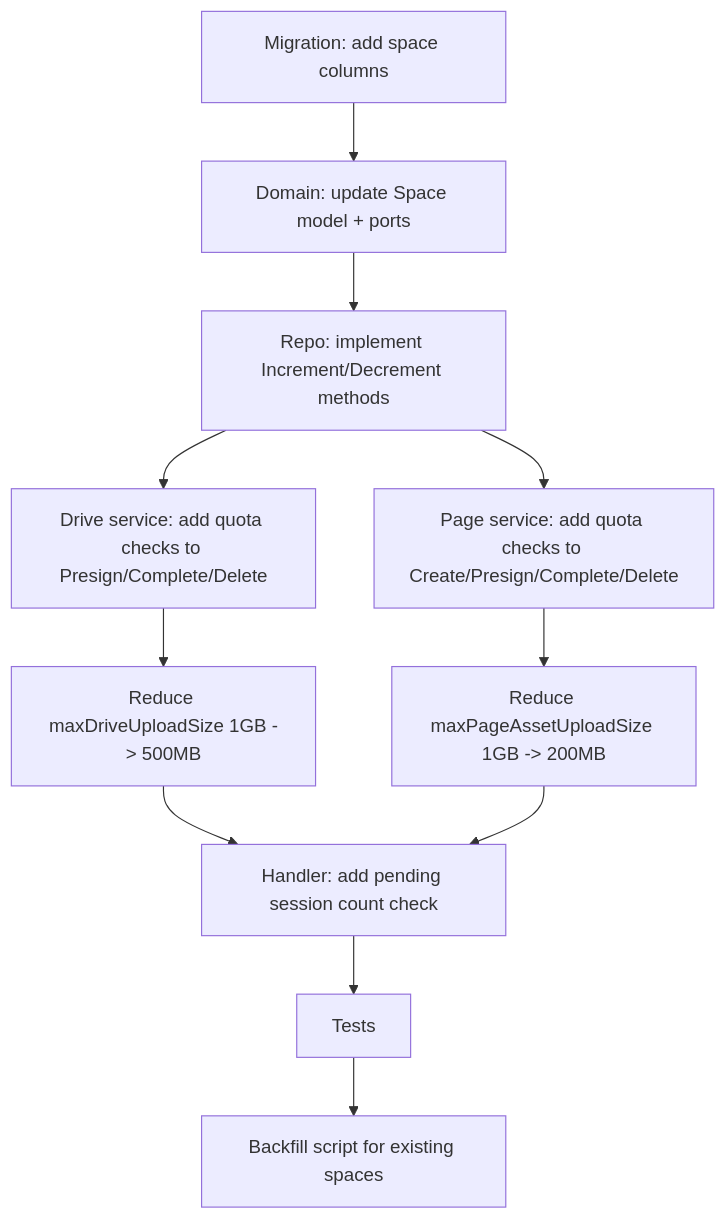
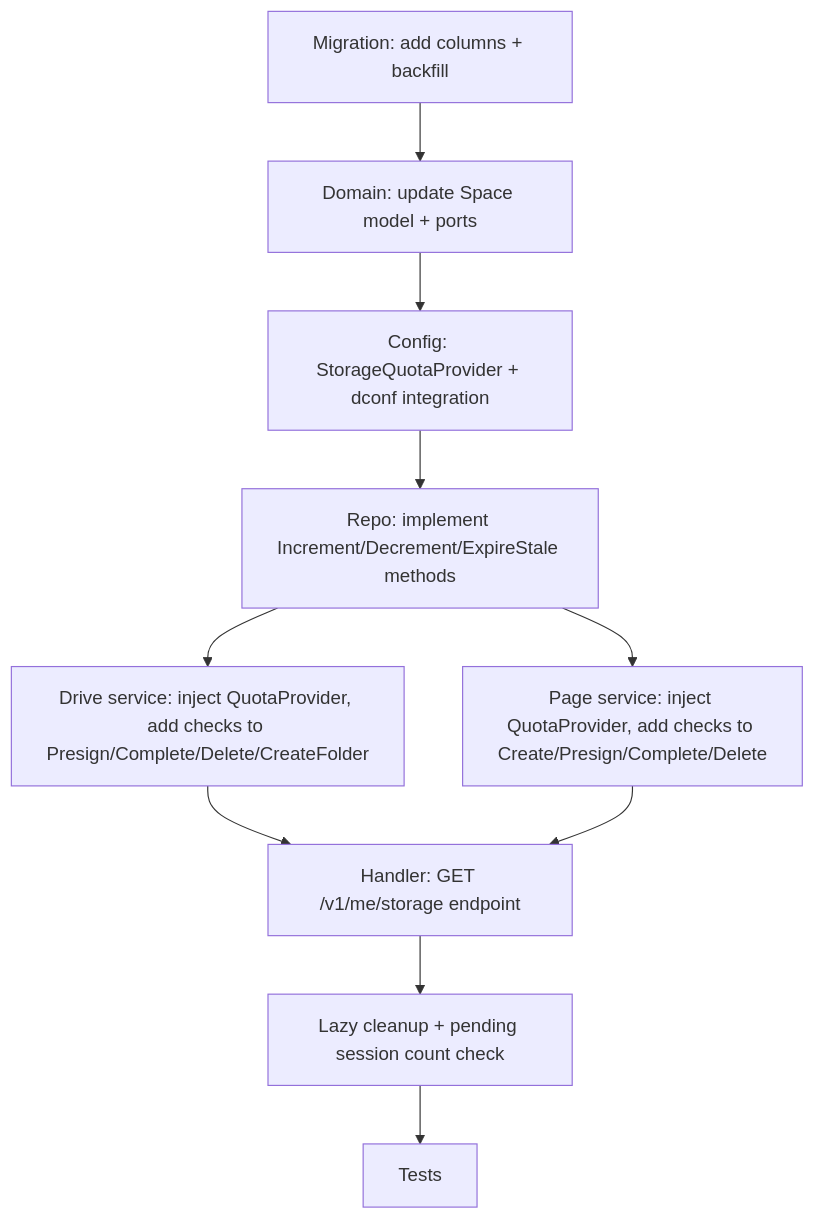
Before and after one commit to anycap-ai/anycap: the diagram in docs/plans/2026-04-02-storage-quota-limits-design.md, drawn with Mermaid. The commit also changed other lines of this file and 1 other file, not shown here.

First line of the commit message:
docs: revise storage quota design with dconf-driven limits

````diff
--- a/docs/plans/2026-04-02-storage-quota-limits-design.md
+++ b/docs/plans/2026-04-02-storage-quota-limits-design.md
@@ -285,13 +607,12 @@
 ```mermaid
 graph TD
-    A[Migration: add space columns] --> B[Domain: update Space model + ports]
-    B --> C[Repo: implement Increment/Decrement methods]
-    C --> D[Drive service: add quota checks to Presign/Complete/Delete]
-    C --> E[Page service: add quota checks to Create/Presign/Complete/Delete]
-    D --> F[Reduce maxDriveUploadSize 1GB -> 500MB]
-    E --> G[Reduce maxPageAssetUploadSize 1GB -> 200MB]
-    F --> H[Handler: add pending session count check]
-    G --> H
+    A[Migration: add columns + backfill] --> B[Domain: update Space model + ports]
+    B --> C[Config: StorageQuotaProvider + dconf integration]
+    C --> D[Repo: implement Increment/Decrement/ExpireStale methods]
+    D --> E[Drive service: inject QuotaProvider, add checks to Presign/Complete/Delete/CreateFolder]
+    D --> F[Page service: inject QuotaProvider, add checks to Create/Presign/Complete/Delete]
+    E --> G[Handler: GET /v1/me/storage endpoint]
+    F --> G
+    G --> H[Lazy cleanup + pending session count check]
     H --> I[Tests]
-    I --> J[Backfill script for existing spaces]
 ```
````
